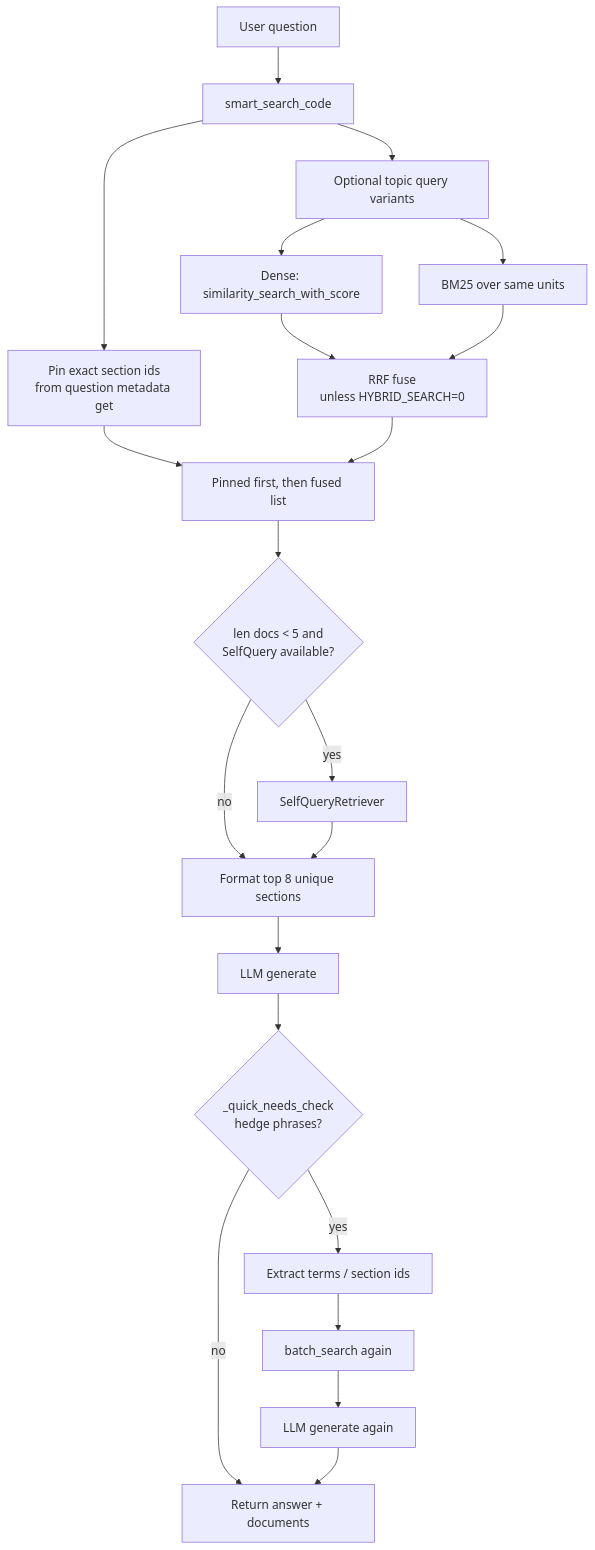
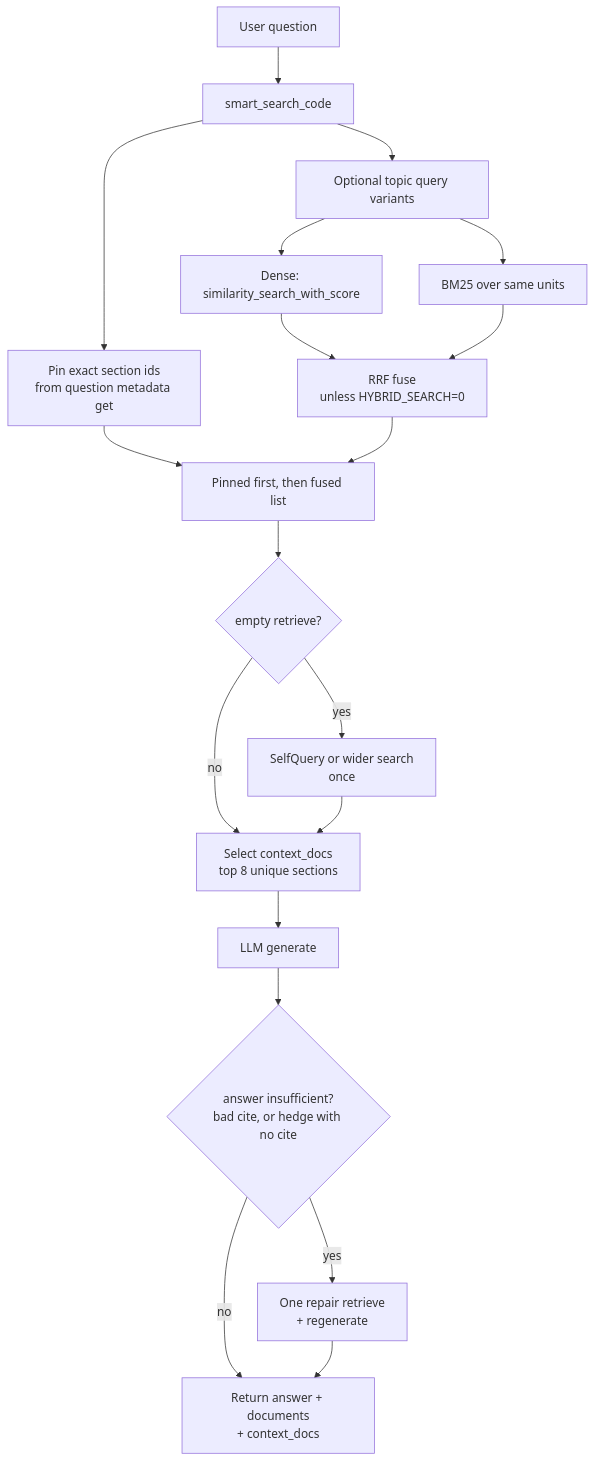
Before and after one commit to TruLie13/El-Paso-AI: the third of 3 diagrams in docs/ARCHITECTURE.md, drawn with Mermaid. The commit also changed other lines of this file and 7 other files, not shown here.

First line of the commit message:
Add a citation-first answer repair loop for step 5.

````diff
--- a/docs/ARCHITECTURE.md
+++ b/docs/ARCHITECTURE.md
@@ -93,23 +93,21 @@
 ```mermaid
 flowchart TD
   Q["User question"] --> S["smart_search_code"]
   S --> ID["Pin exact section ids\nfrom question metadata get"]
   S --> V["Optional topic query variants"]
   V --> D["Dense: similarity_search_with_score"]
   V --> B["BM25 over same units"]
   D --> RRF["RRF fuse\nunless HYBRID_SEARCH=0"]
   B --> RRF
   ID --> M["Pinned first, then fused list"]
   RRF --> M
-  M --> F{"len docs < 5 and\nSelfQuery available?"}
-  F -->|yes| SQ["SelfQueryRetriever"]
-  F -->|no| G["Format top 8 unique sections"]
+  M --> E{"empty retrieve?"}
+  E -->|yes| SQ["SelfQuery or wider search\nonce"]
+  E -->|no| G["Select context_docs\ntop 8 unique sections"]
   SQ --> G
   G --> L1["LLM generate"]
-  L1 --> C{"_quick_needs_check\nhedge phrases?"}
-  C -->|no| Out["Return answer + documents"]
-  C -->|yes| T["Extract terms / section ids"]
-  T --> B2["batch_search again"]
-  B2 --> L2["LLM generate again"]
-  L2 --> Out
+  L1 --> C{"answer insufficient?\nbad cite, or hedge with no cite"}
+  C -->|no| Out["Return answer + documents\n+ context_docs"]
+  C -->|yes| R["One repair retrieve\n+ regenerate"]
+  R --> Out
 ```
````
